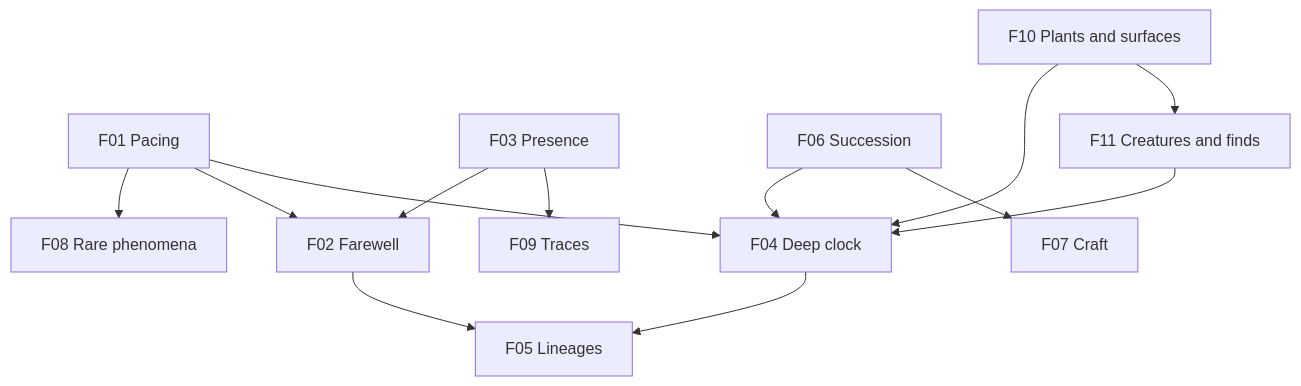
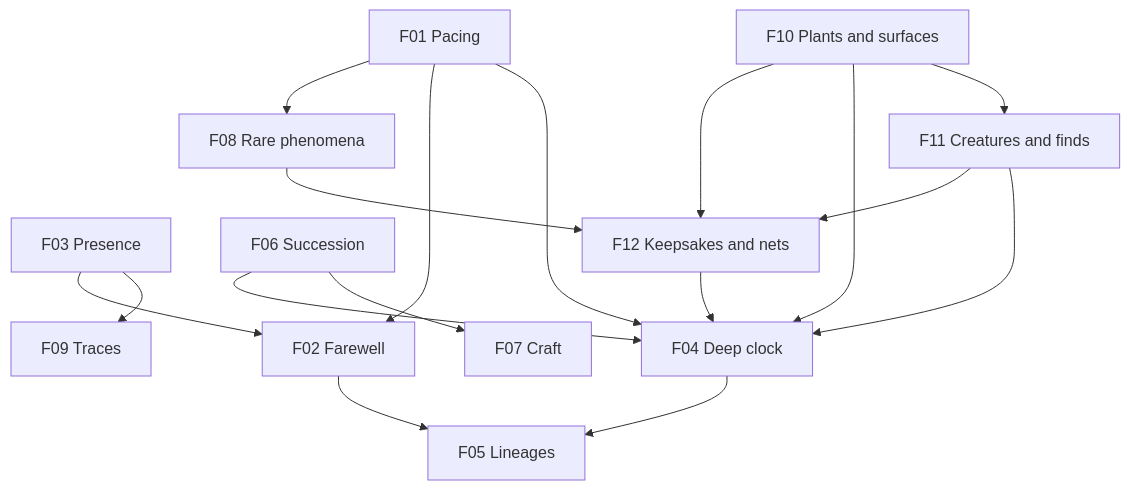
Before and after one commit to mshomper/ebb: the diagram in docs/future/README.md, drawn with Mermaid. The commit also changed other lines of this file and 1 other file, not shown here.

Commit message:
Draft F12 keepsakes and nets future doc

````diff
--- a/docs/future/README.md
+++ b/docs/future/README.md
@@ -30,15 +31,19 @@
 ```mermaid
 flowchart TB
   F01[F01 Pacing] --> F04[F04 Deep clock]
   F01 --> F02[F02 Farewell]
   F01 --> F08[F08 Rare phenomena]
   F04 --> F05[F05 Lineages]
   F02 --> F05
   F03[F03 Presence] --> F09[F09 Traces]
   F03 --> F02
   F06[F06 Succession] --> F07[F07 Craft]
   F06 --> F04
   F10[F10 Plants and surfaces] --> F11[F11 Creatures and finds]
   F10 --> F04
   F11 --> F04
+  F10 --> F12[F12 Keepsakes and nets]
+  F11 --> F12
+  F08 --> F12
+  F12 --> F04
 ```
````
